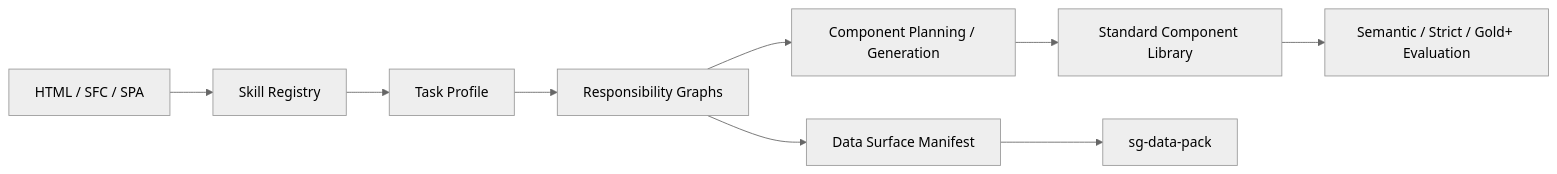
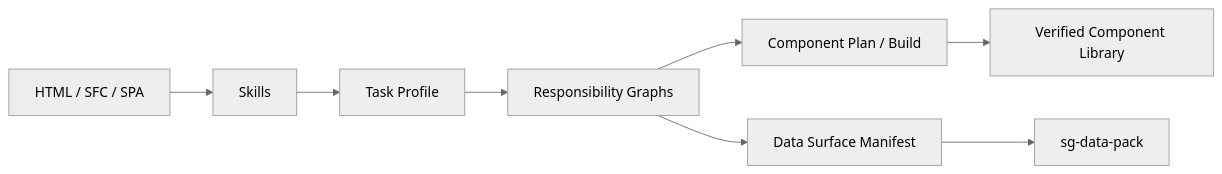
One commit to SuTang-vain/ui-dismantler changed the diagram in README.md. Above: the diagram before and after it, drawn with Mermaid (neutral theme). The commit also changed other lines of this file and 1 other file, not shown here.

````diff
--- a/README.md
+++ b/README.md
@@ -201,11 +129,10 @@
 ```mermaid
 flowchart LR
-  A["HTML / SFC / SPA"] --> B["Skill Registry"]
+  A["HTML / SFC / SPA"] --> B["Skills"]
   B --> C["Task Profile"]
   C --> D["Responsibility Graphs"]
-  D --> E["Component Planning / Generation"]
-  E --> F["Standard Component Library"]
-  F --> G["Semantic / Strict / Gold+ Evaluation"]
-  D --> H["Data Surface Manifest"]
-  H --> I["sg-data-pack"]
+  D --> E["Component Plan / Build"]
+  E --> F["Verified Component Library"]
+  D --> G["Data Surface Manifest"]
+  G --> H["sg-data-pack"]
 ```
````
